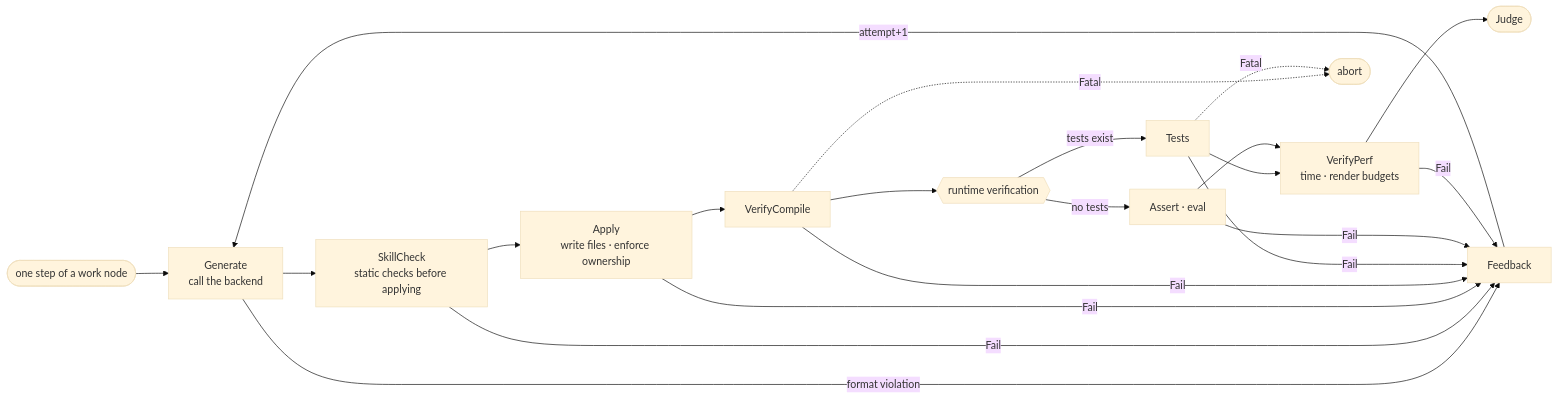
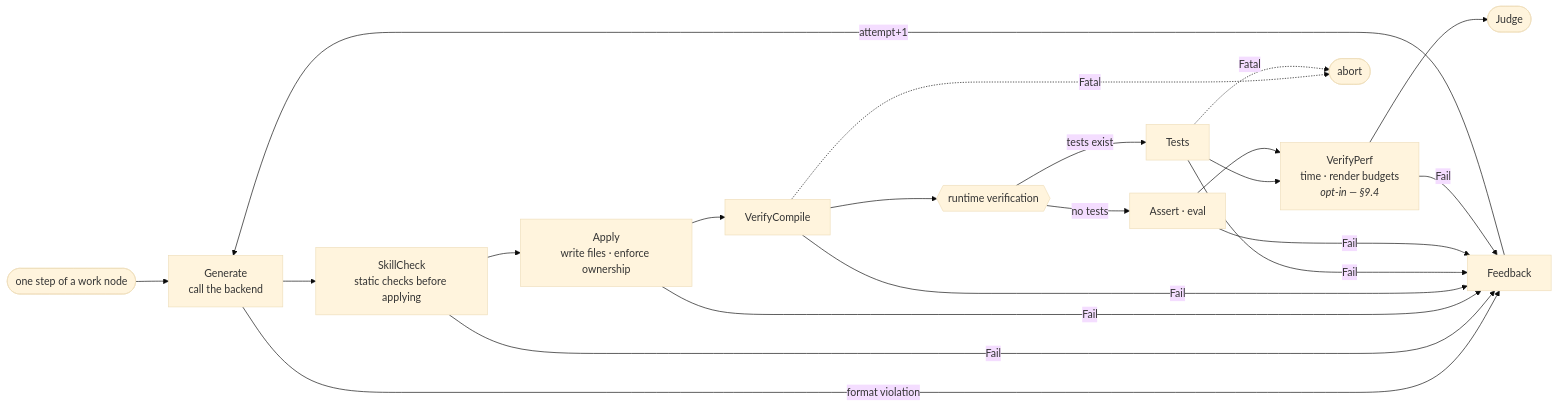
One commit to SeoBYP/GameDev-AgentLoop changed the fifth of 12 diagrams in docs/ARCHITECTURE.md. Above: the diagram before and after it, drawn with Mermaid (base theme). The commit also changed other lines of this file and 8 other files, not shown here.

````diff
--- a/docs/ARCHITECTURE.md
+++ b/docs/ARCHITECTURE.md
@@ -283,25 +283,25 @@
 ```mermaid
 flowchart LR
     S([one step of a work node]) --> GEN["Generate<br/>call the backend"]
     GEN -->|"format violation"| FB
     GEN --> GATE["SkillCheck<br/>static checks before applying"]
     GATE --> AP["Apply<br/>write files · enforce ownership"]
     AP --> VC["VerifyCompile"]
     VC --> VR{{"runtime verification"}}
     VR -->|"tests exist"| VT["Tests"]
     VR -->|"no tests"| VA["Assert · eval"]
-    VT --> VP["VerifyPerf<br/>time · render budgets"]
+    VT --> VP["VerifyPerf<br/>time · render budgets<br/><i>opt-in — §9.4</i>"]
     VA --> VP
     VP --> J([Judge])
 
     GATE -->|Fail| FB["Feedback"]
     AP -->|Fail| FB
     VC -->|Fail| FB
     VT -->|Fail| FB
     VA -->|Fail| FB
     VP -->|Fail| FB
     FB -->|"attempt+1"| GEN
 
     VC -.->|Fatal| AB([abort])
     VT -.->|Fatal| AB
 ```
````
